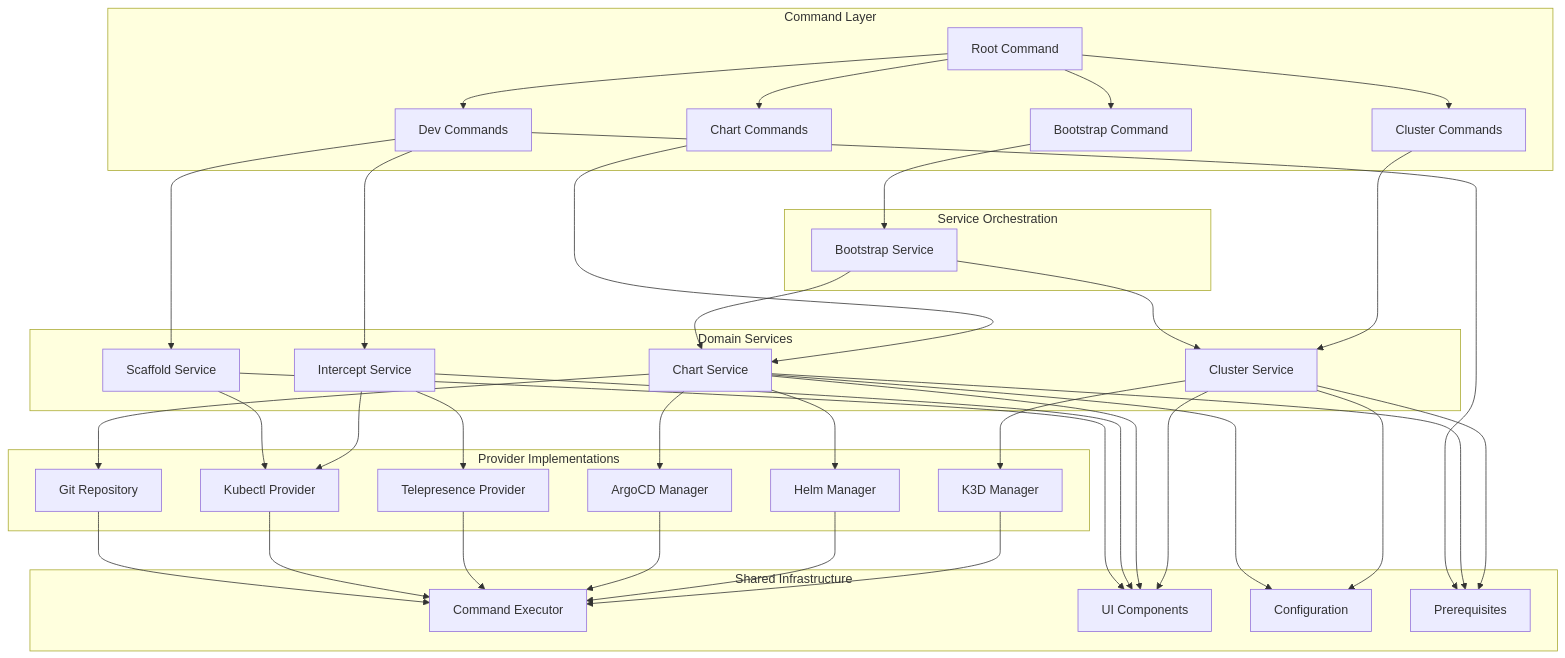
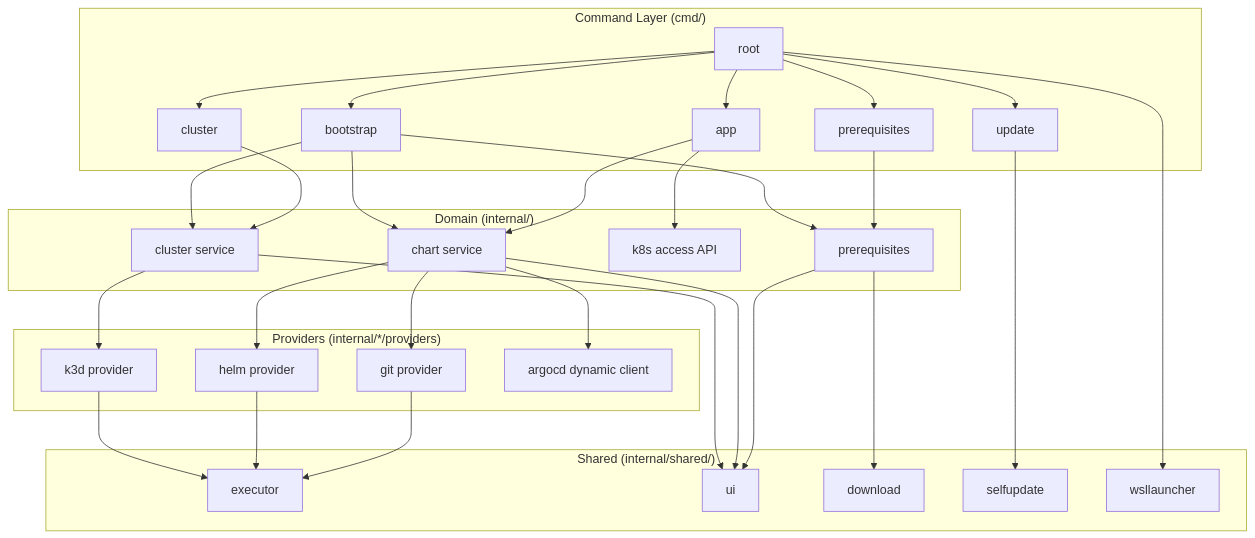
The diagram in docs/diagrams/architecture/dependency-flow-between-modules.mmd (flamingo-stack/openframe-cli), drawn with Mermaid before and after one commit. The commit also changed 15 other files, not shown here.

```diff
--- a/docs/diagrams/architecture/dependency-flow-between-modules.mmd
+++ b/docs/diagrams/architecture/dependency-flow-between-modules.mmd
@@ -1,76 +1,61 @@
 graph TD
-    subgraph "Command Layer"
-        RootCmd[Root Command]
-        BootstrapCmd[Bootstrap Command]
-        ClusterCmd[Cluster Commands]
-        ChartCmd[Chart Commands]
-        DevCmd[Dev Commands]
+    subgraph "Command Layer (cmd/)"
+        RootCmd[root]
+        BootstrapCmd[bootstrap]
+        ClusterCmd[cluster]
+        AppCmd[app]
+        PrereqCmd[prerequisites]
+        UpdateCmd[update]
     end
-    
-    subgraph "Service Orchestration"
-        BootstrapSvc[Bootstrap Service]
+
+    subgraph "Domain (internal/)"
+        ClusterSvc[cluster service]
+        ChartSvc[chart service]
+        K8sAccess[k8s access API]
+        PrereqSvc[prerequisites]
     end
-    
-    subgraph "Domain Services"
-        ClusterSvc[Cluster Service]
-        ChartSvc[Chart Service] 
-        InterceptSvc[Intercept Service]
-        ScaffoldSvc[Scaffold Service]
+
+    subgraph "Providers (internal/*/providers)"
+        K3D[k3d provider]
+        Helm[helm provider]
+        Git[git provider]
+        ArgoCD[argocd dynamic client]
     end
-    
-    subgraph "Provider Implementations"
-        K3DMgr[K3D Manager]
-        HelmMgr[Helm Manager]
-        ArgoCDMgr[ArgoCD Manager]
-        TelepresenceProv[Telepresence Provider]
-        KubectlProv[Kubectl Provider]
-        GitRepo[Git Repository]
+
+    subgraph "Shared (internal/shared/)"
+        Executor[executor]
+        UI[ui]
+        Download[download]
+        SelfUpdate[selfupdate]
+        WSL[wsllauncher]
     end
-    
-    subgraph "Shared Infrastructure"
-        Executor[Command Executor]
-        UI[UI Components]
-        Config[Configuration]
-        Prerequisites[Prerequisites]
-    end
-    
+
     RootCmd --> BootstrapCmd
     RootCmd --> ClusterCmd
-    RootCmd --> ChartCmd
-    RootCmd --> DevCmd
-    
-    BootstrapCmd --> BootstrapSvc
+    RootCmd --> AppCmd
+    RootCmd --> PrereqCmd
+    RootCmd --> UpdateCmd
+    RootCmd --> WSL
+    UpdateCmd --> SelfUpdate
+
+    BootstrapCmd --> PrereqSvc
+    BootstrapCmd --> ClusterSvc
+    BootstrapCmd --> ChartSvc
     ClusterCmd --> ClusterSvc
-    ChartCmd --> ChartSvc
-    DevCmd --> InterceptSvc
-    DevCmd --> ScaffoldSvc
-    
-    BootstrapSvc --> ClusterSvc
-    BootstrapSvc --> ChartSvc
-    
-    ClusterSvc --> K3DMgr
-    ChartSvc --> HelmMgr
-    ChartSvc --> ArgoCDMgr
-    ChartSvc --> GitRepo
-    InterceptSvc --> TelepresenceProv
-    InterceptSvc --> KubectlProv
-    ScaffoldSvc --> KubectlProv
-    
-    K3DMgr --> Executor
-    HelmMgr --> Executor
-    ArgoCDMgr --> Executor
-    TelepresenceProv --> Executor
-    KubectlProv --> Executor
-    GitRepo --> Executor
-    
+    AppCmd --> ChartSvc
+    AppCmd --> K8sAccess
+    PrereqCmd --> PrereqSvc
+
+    ClusterSvc --> K3D
+    ChartSvc --> Git
+    ChartSvc --> Helm
+    ChartSvc --> ArgoCD
+
+    K3D --> Executor
+    Helm --> Executor
+    Git --> Executor
+    PrereqSvc --> Download
+
     ClusterSvc --> UI
     ChartSvc --> UI
-    InterceptSvc --> UI
-    ScaffoldSvc --> UI
-    
-    ClusterSvc --> Config
-    ChartSvc --> Config
-    
-    ClusterSvc --> Prerequisites
-    ChartSvc --> Prerequisites
-    DevCmd --> Prerequisites
+    PrereqSvc --> UI
```
